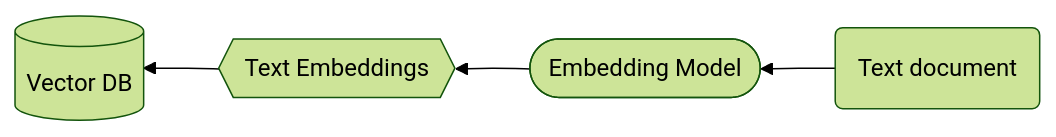
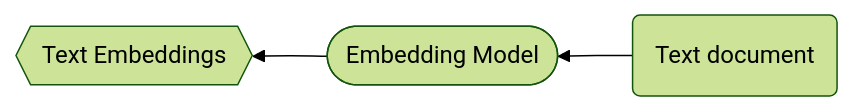
Before and after one commit to sariaslaso/query-engine-RAG: the first of 2 diagrams in README.md, drawn with Mermaid (forest theme). The commit also changed other lines of this file, not shown here.

Commit message:
trying out mermaid

````diff
--- a/README.md
+++ b/README.md
@@ -5,6 +5,6 @@
 ```mermaid
 flowchart RL
 	id1(Text document) --> id2([Embedding Model]);
 	id2 --> id3@{ shape: hex, label: "Text Embeddings"};
-	id3 --> id4[(Vector DB)]
+	
 ```
````
